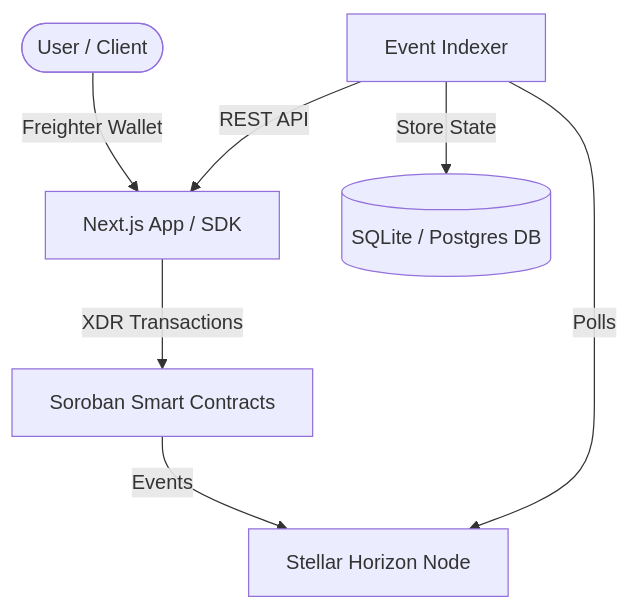
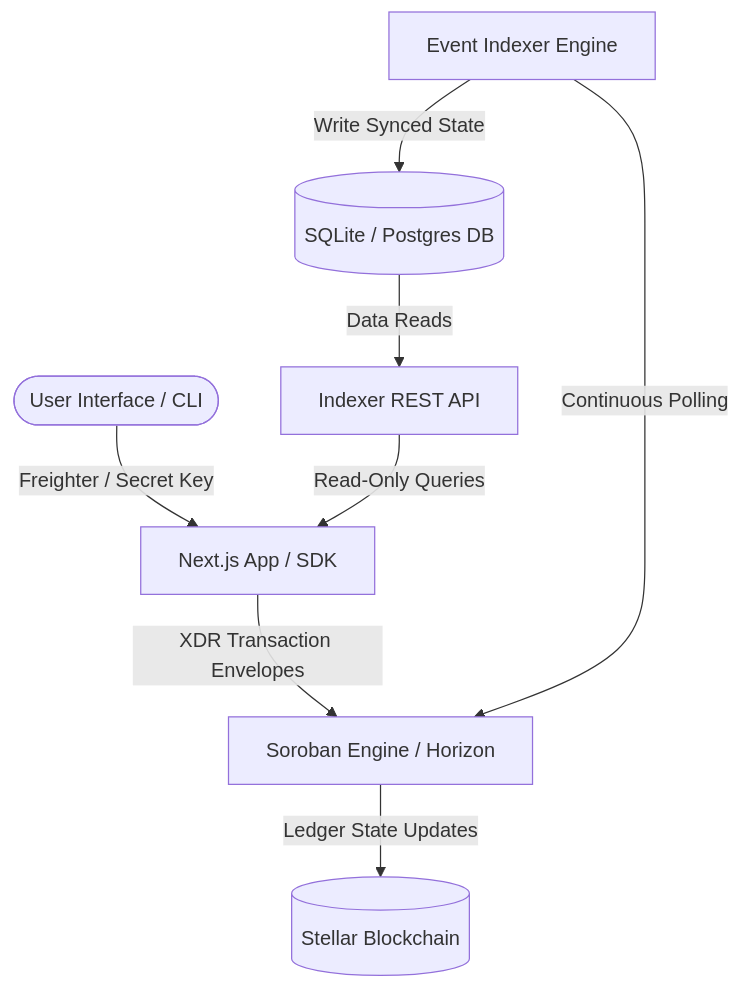
Before and after one commit to Ebendttl/payflow-protocol: the first of 4 diagrams in docs/architecture.md, drawn with Mermaid. The commit also changed other lines of this file and 1 other file, not shown here.

Commit message:
docs: add mathematical specification for flow accrual, pause/resume drift, and milestone disbursement

````diff
--- a/docs/architecture.md
+++ b/docs/architecture.md
@@ -5,9 +11,17 @@
 ```mermaid
 graph TD
-    User([User / Client]) -->|Freighter Wallet| WebApp[Next.js App / SDK]
-    WebApp -->|XDR Transactions| Soroban[Soroban Smart Contracts]
-    Soroban -->|Events| Horizon[Stellar Horizon Node]
-    Indexer[Event Indexer] -->|Polls| Horizon
-    Indexer -->|Store State| DB[(SQLite / Postgres DB)]
-    Indexer -->|REST API| WebApp
+    %% Users and Interfaces
+    Client([User Interface / CLI]) -->|Freighter / Secret Key| WebApp[Next.js App / SDK]
+    
+    %% On-Chain Layer
+    WebApp -->|XDR Transaction Envelopes| Soroban[Soroban Engine / Horizon]
+    Soroban -->|Ledger State Updates| StellarLedger[(Stellar Blockchain)]
+    
+    %% Indexing Layer
+    Indexer[Event Indexer Engine] -->|Continuous Polling| Soroban
+    Indexer -->|Write Synced State| LocalDB[(SQLite / Postgres DB)]
+    
+    %% API Feedback
+    LocalDB -->|Data Reads| REST_API[Indexer REST API]
+    REST_API -->|Read-Only Queries| WebApp
 ```
````
